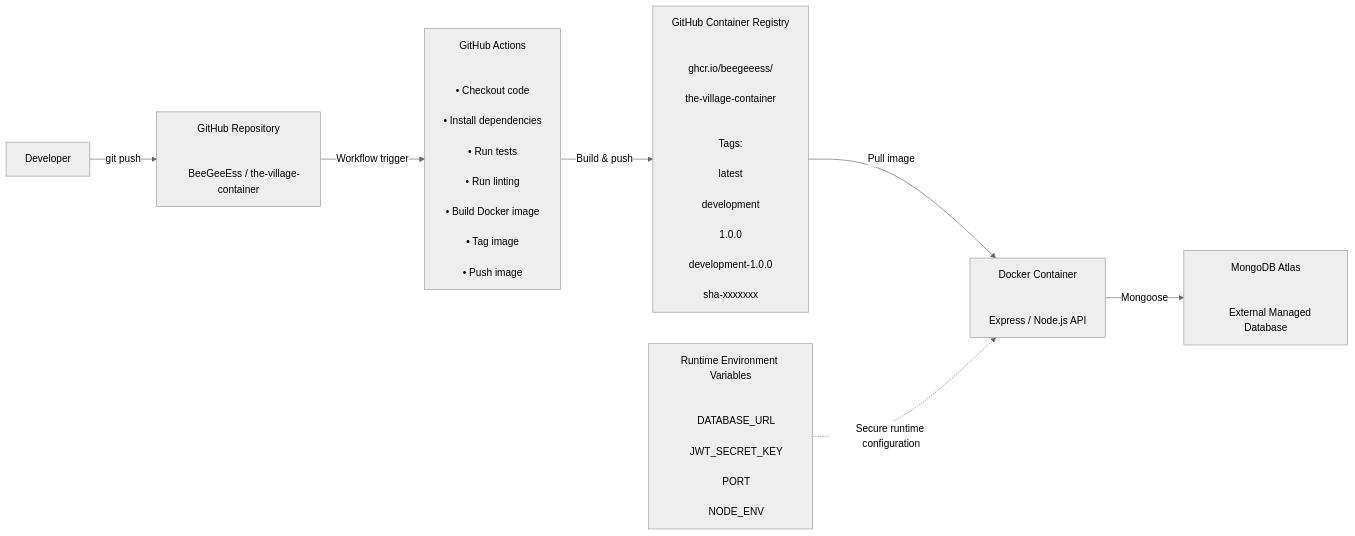
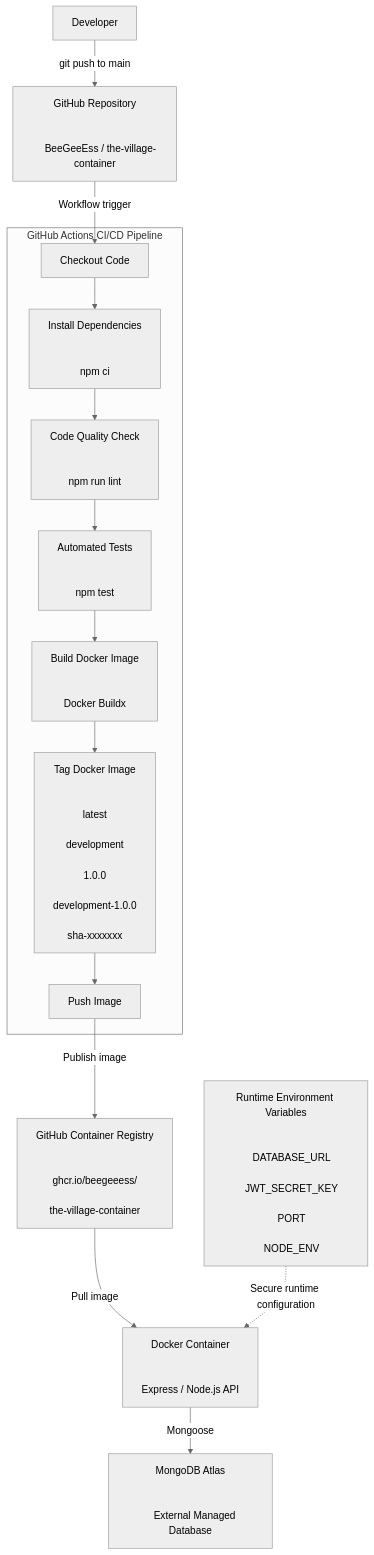
The third of 3 diagrams in README.md (BeeGeeEss/the-village-container), drawn with Mermaid (neutral theme) before and after one commit. The commit also changed other lines of this file, not shown here.

````diff
--- a/README.md
+++ b/README.md
@@ -201,55 +205,82 @@
-```mermaid id="7c4m2x"
-flowchart LR
+```mermaid
+flowchart TB
 
     %% DEVELOPER
+
     DEV["Developer"]
 
     %% SOURCE CONTROL
+
     REPO["GitHub Repository<br/><br/>
     BeeGeeEss / the-village-container"]
 
-    %% CI/CD
-    ACTIONS["GitHub Actions<br/><br/>
-    • Checkout code<br/>
-    • Install dependencies<br/>
-    • Run tests<br/>
-    • Run linting<br/>
-    • Build Docker image<br/>
-    • Tag image<br/>
-    • Push image"]
+    %% CI/CD PIPELINE
+
+    subgraph ACTIONS["GitHub Actions CI/CD Pipeline"]
+
+        CHECKOUT["Checkout Code"]
+
+        INSTALL["Install Dependencies<br/><br/>
+        npm ci"]
+
+        LINT["Code Quality Check<br/><br/>
+        npm run lint"]
+
+        TEST["Automated Tests<br/><br/>
+        npm test"]
+
+        BUILD["Build Docker Image<br/><br/>
+        Docker Buildx"]
+
+        TAG["Tag Docker Image<br/><br/>
+        latest<br/>
+        development<br/>
+        1.0.0<br/>
+        development-1.0.0<br/>
+        sha-xxxxxxx"]
+
+        PUSH["Push Image"]
+
+        CHECKOUT --> INSTALL
+        INSTALL --> LINT
+        LINT --> TEST
+        TEST --> BUILD
+        BUILD --> TAG
+        TAG --> PUSH
+
+    end
 
     %% CONTAINER REGISTRY
+
     GHCR["GitHub Container Registry<br/><br/>
     ghcr.io/beegeeess/<br/>
-    the-village-container<br/><br/>
-    Tags:<br/>
-    latest<br/>
-    development<br/>
-    1.0.0<br/>
-    development-1.0.0<br/>
-    sha-xxxxxxx"]
+    the-village-container"]
 
-    %% DEPLOYMENT / RUNTIME
+    %% RUNTIME
+
     CONTAINER["Docker Container<br/><br/>
     Express / Node.js API"]
 
-    %% DATABASE
-    DB["MongoDB Atlas<br/><br/>
-    External Managed Database"]
+    %% RUNTIME CONFIGURATION
 
-    %% RUNTIME CONFIGURATION
     SECRETS["Runtime Environment Variables<br/><br/>
     DATABASE_URL<br/>
     JWT_SECRET_KEY<br/>
     PORT<br/>
     NODE_ENV"]
 
+    %% DATABASE
+
+    DB["MongoDB Atlas<br/><br/>
+    External Managed Database"]
+
     %% CONNECTIONS
-    DEV -->|"git push"| REPO
 
-    REPO -->|"Workflow trigger"| ACTIONS
+    DEV -->|"git push to main"| REPO
 
-    ACTIONS -->|"Build & push"| GHCR
+    REPO -->|"Workflow trigger"| CHECKOUT
+
+    PUSH -->|"Publish image"| GHCR
 
     GHCR -->|"Pull image"| CONTAINER
 
````
